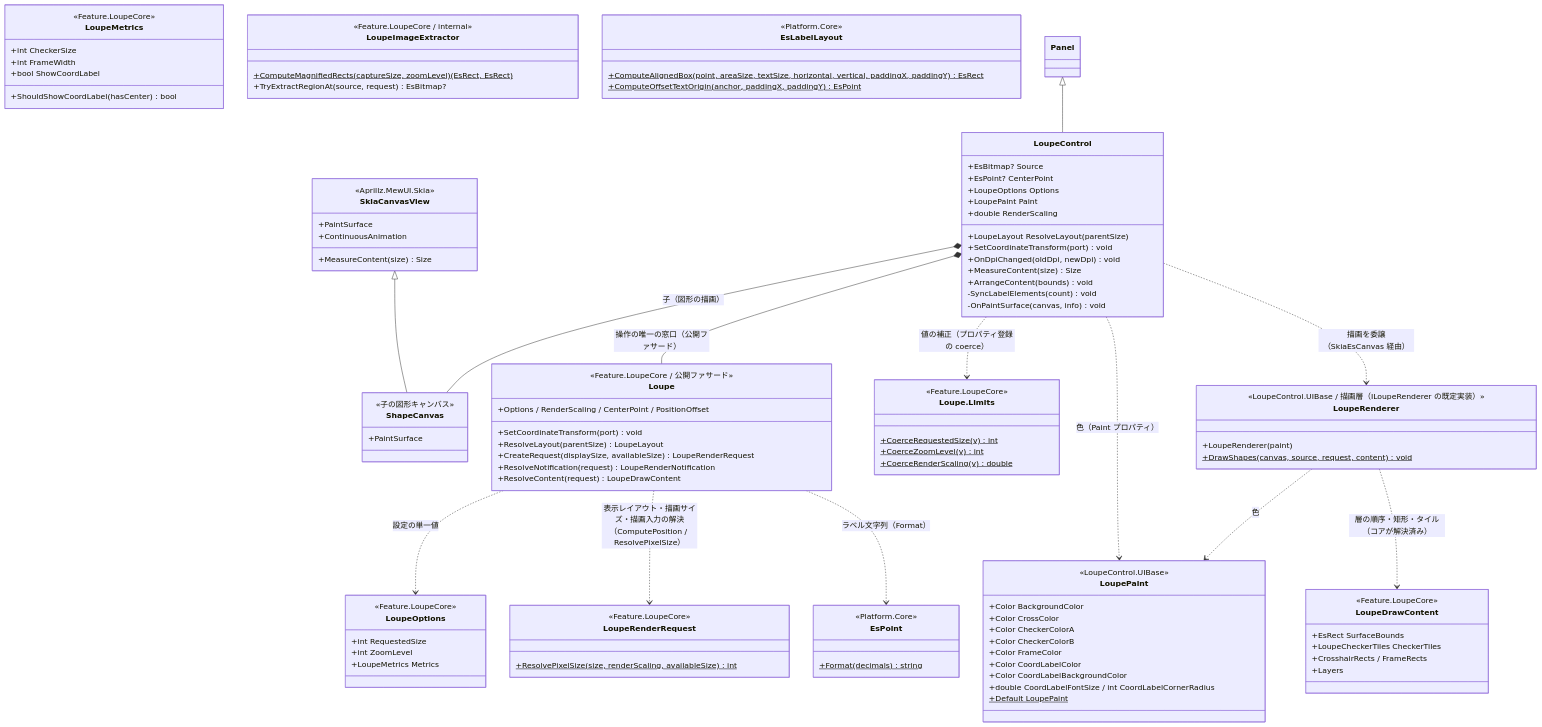
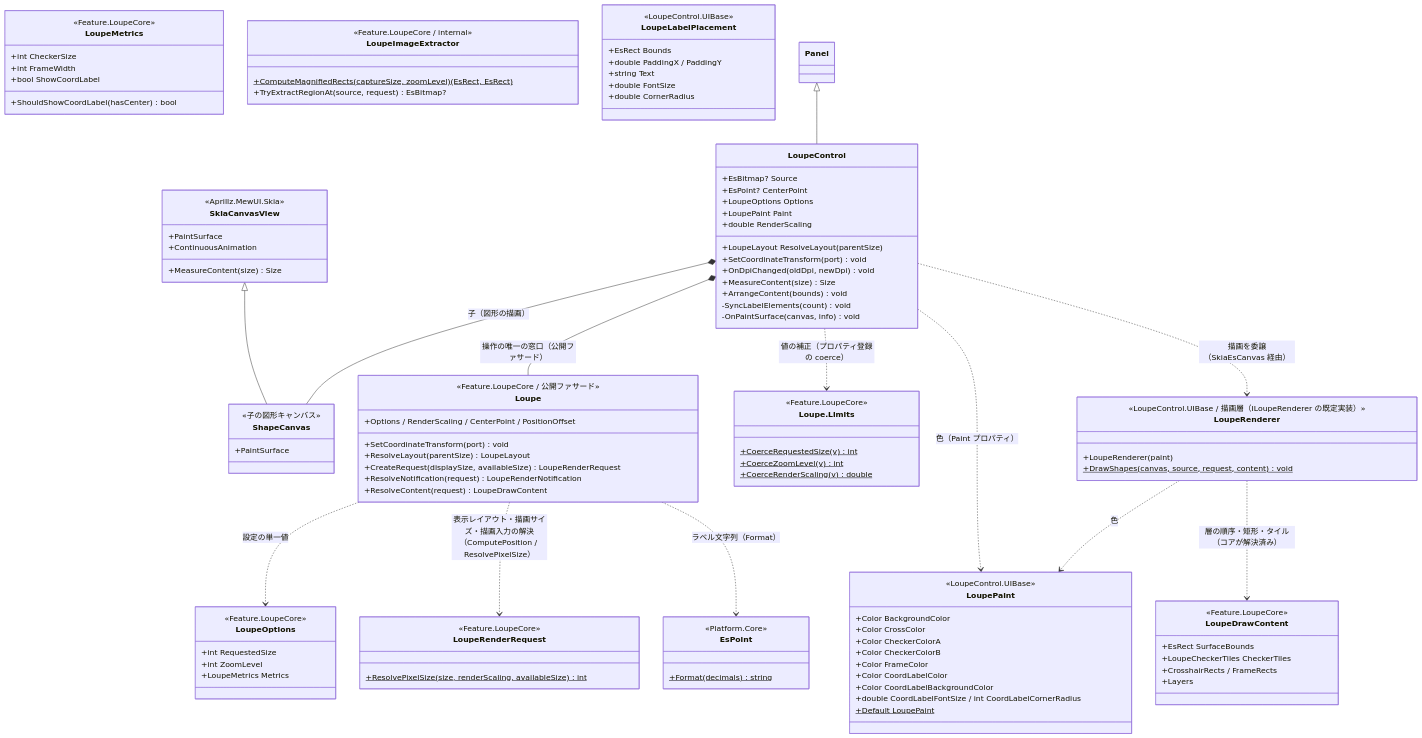
The first of 2 diagrams in src/LoupeControl.MewUI/SPEC_System.md (tomokuni/SaveEvidence), drawn with Mermaid before and after one commit. The commit also changed other lines of this file and 74 other files, not shown here.

```diff
--- a/src/LoupeControl.MewUI/SPEC_System.md
+++ b/src/LoupeControl.MewUI/SPEC_System.md
@@ -147,10 +147,13 @@
         +ComputeMagnifiedRects(captureSize, zoomLevel) (EsRect, EsRect)$
         +TryExtractRegionAt(source, request) EsBitmap?
     }
-    class EsLabelLayout {
-        <<Platform.Core>>
-        +ComputeAlignedBox(point, areaSize, textSize, horizontal, vertical, paddingX, paddingY)$ EsRect
-        +ComputeOffsetTextOrigin(anchor, paddingX, paddingY)$ EsPoint
+    class LoupeLabelPlacement {
+        <<LoupeControl.UIBase>>
+        +EsRect Bounds
+        +double PaddingX / PaddingY
+        +string Text
+        +double FontSize
+        +double CornerRadius
     }
     class Loupe {
         <<Feature.LoupeCore / 公開ファサード>>
```
